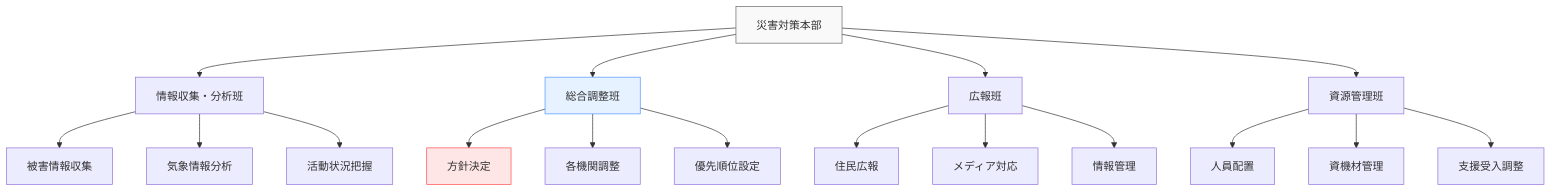
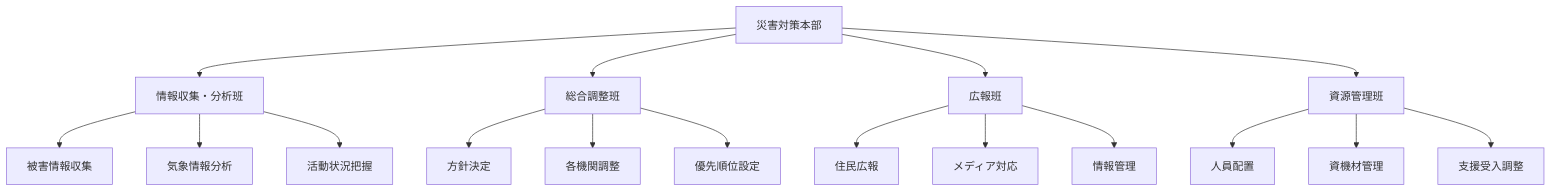
Before and after one commit to shuji-bonji/Situational-Awareness-and-Decision-Making: the sixth of 11 diagrams in docs/applications/emergency-dm.md, drawn with Mermaid. The commit also changed other lines of this file and 49 other files, not shown here.

Commit message:
fix: ダークモードで見づらい図の色の変更

````diff
--- a/docs/applications/emergency-dm.md
+++ b/docs/applications/emergency-dm.md
@@ -236,27 +236,27 @@
     ```mermaid
     graph TD
         A[災害対策本部] --> B[情報収集・分析班]
         A --> C[総合調整班]
         A --> D[広報班]
         A --> E[資源管理班]
         
         B --> B1[被害情報収集]
         B --> B2[気象情報分析]
         B --> B3[活動状況把握]
         
         C --> C1[方針決定]
         C --> C2[各機関調整]
         C --> C3[優先順位設定]
         
         D --> D1[住民広報]
         D --> D2[メディア対応]
         D --> D3[情報管理]
         
         E --> E1[人員配置]
         E --> E2[資機材管理]
         E --> E3[支援受入調整]
         
-        style A fill:#f9f9f9,stroke:#666
-        style C fill:#e6f2ff,stroke:#4d94ff
-        style C1 fill:#ffe6e6,stroke:#ff4d4d
+    
+    
+    
     ```
````
